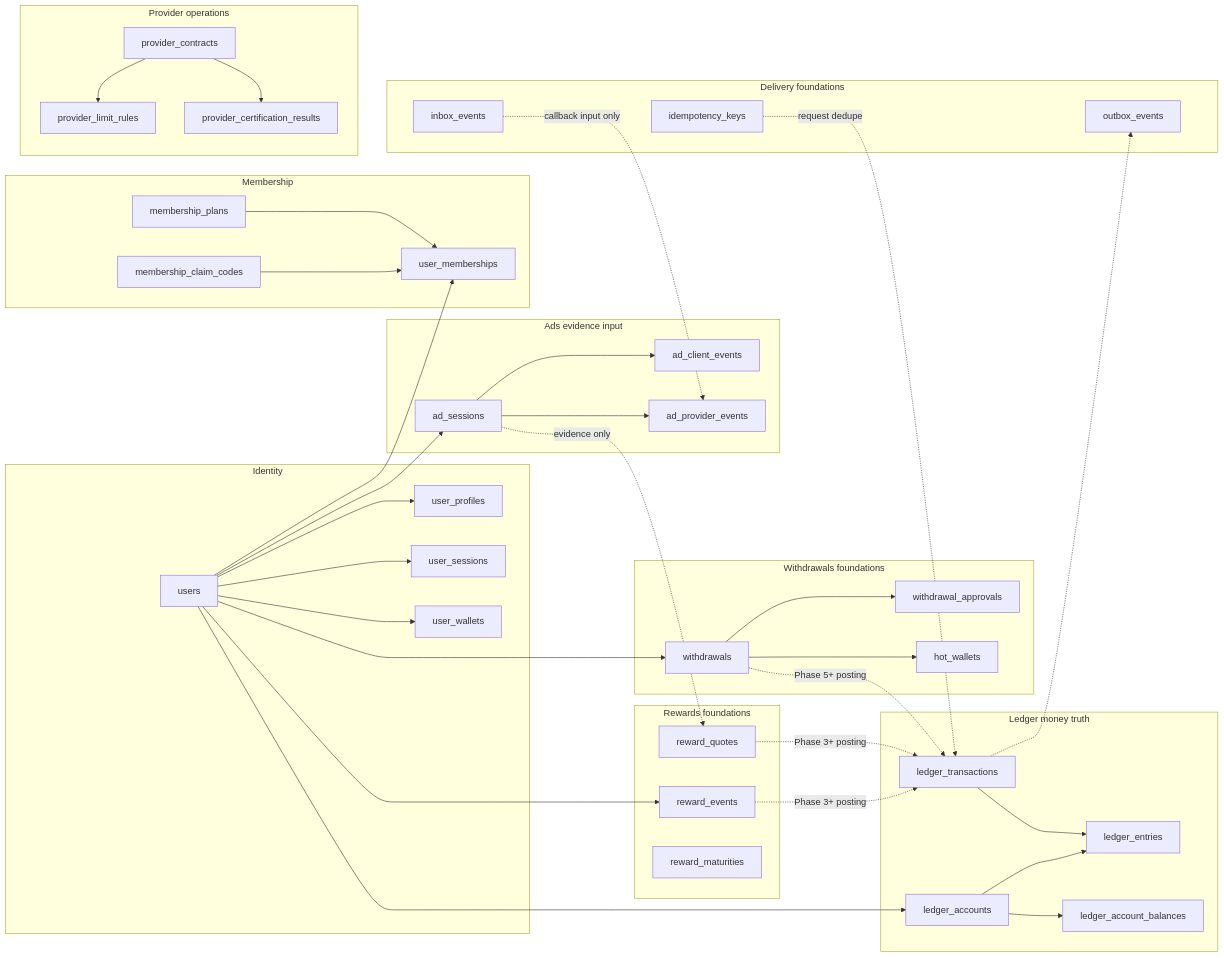
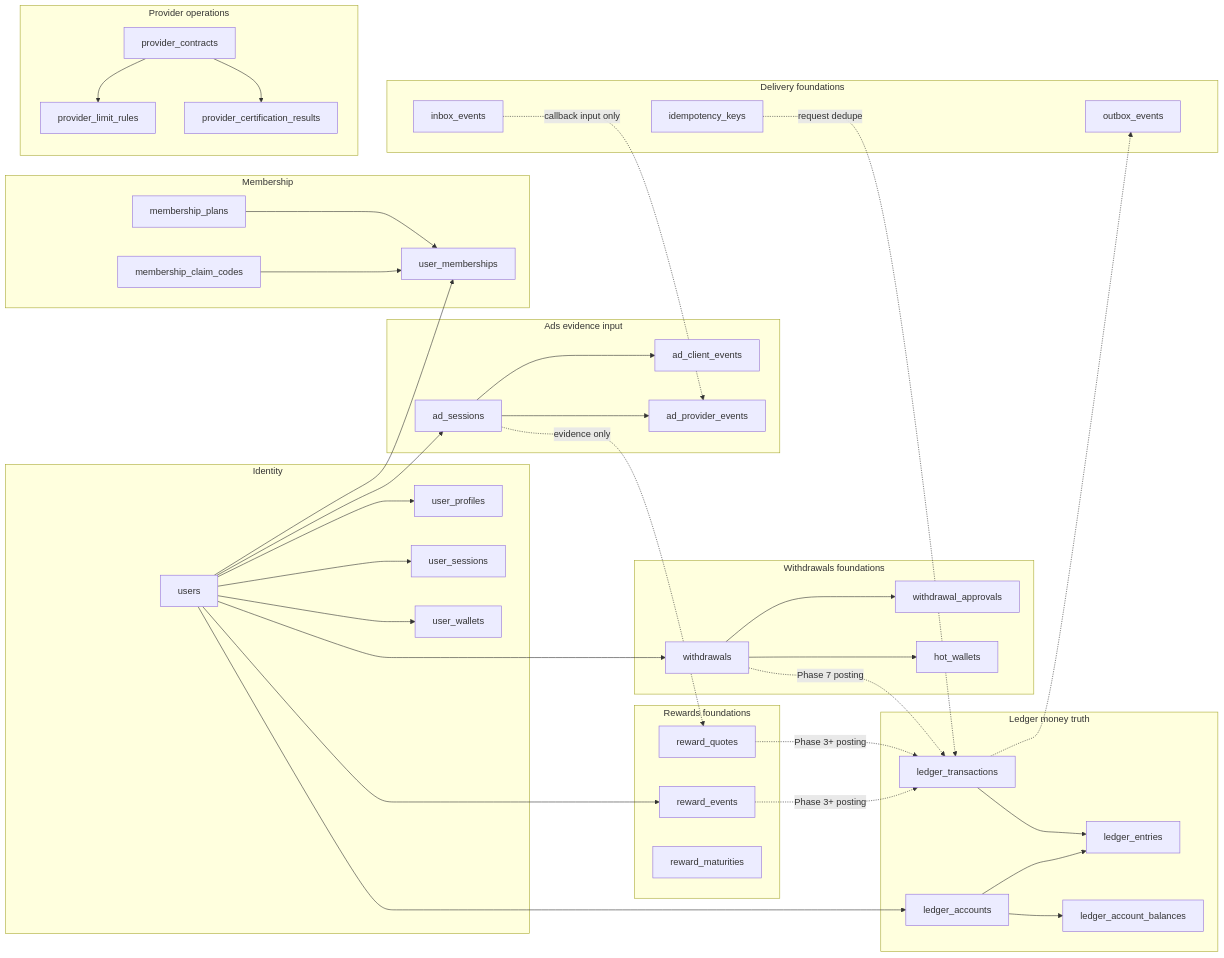
Before and after one commit to iAlexx/alexreward11: the diagram in docs/DATABASE.md, drawn with Mermaid. The commit also changed other lines of this file and 54 other files, not shown here.

```diff
--- a/docs/DATABASE.md
+++ b/docs/DATABASE.md
@@ -134,7 +140,7 @@
   ledger_accounts --> ledger_entries
   ledger_accounts --> ledger_account_balances
 
-  withdrawals -.->|Phase 5+ posting| ledger_transactions
+  withdrawals -.->|Phase 7 posting| ledger_transactions
   withdrawals --> withdrawal_approvals
   withdrawals --> hot_wallets
 
```
